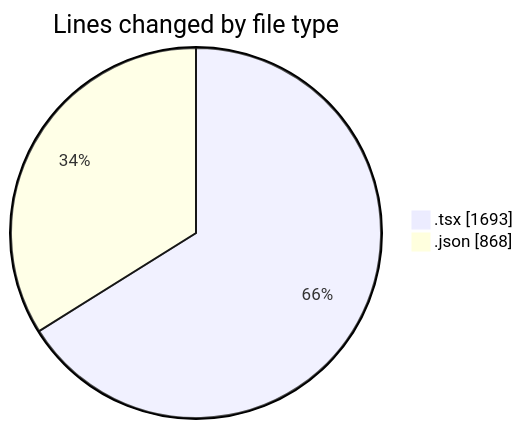
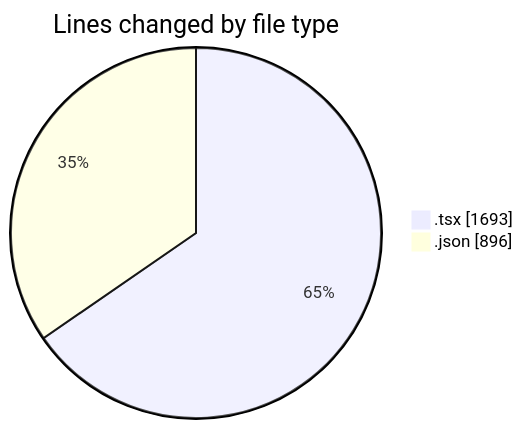
The first of 2 diagrams in 2025-08-13/ribbon/README.md (EIIisD/code-tracking), drawn with Mermaid before and after one commit. The commit also changed other lines of this file and 1 other file, not shown here.

````diff
--- a/2025-08-13/ribbon/README.md
+++ b/2025-08-13/ribbon/README.md
@@ -29,6 +29,6 @@
 ```mermaid
 pie showData
 title Lines changed by file type
 ".tsx" : 1693
-".json" : 868
+".json" : 896
 ```
````
